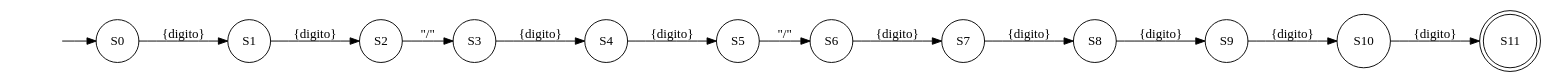
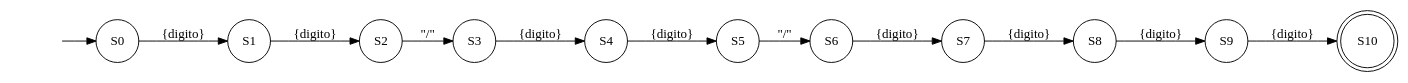
One commit to Gerson7w7/COMPI1_Proyecto1_202000166 changed the diagram in Proyecto1_COMPI1/REPORTES/AFD_202000166/fecha.dot. Above: the diagram before and after it, drawn with Graphviz. The commit also changed 22 other files, not shown here.

```diff
--- a/Proyecto1_COMPI1/REPORTES/AFD_202000166/fecha.dot
+++ b/Proyecto1_COMPI1/REPORTES/AFD_202000166/fecha.dot
@@ -1,29 +1,27 @@
 digraph automata {
 rankdir=LR
 ini [shape="none" label=""]
 S0[shape="circle"];
 S1[shape="circle"];
 S2[shape="circle"];
 S3[shape="circle"];
 S4[shape="circle"];
 S5[shape="circle"];
 S6[shape="circle"];
 S7[shape="circle"];
 S8[shape="circle"];
 S9[shape="circle"];
-S10[shape="circle"];
-S11[shape="doublecircle"];
+S10[shape="doublecircle"];
 
 ini->S0;
 S0->S1[label="{digito}"];
 S1->S2[label="{digito}"];
 S2->S3[label="\"/\""];
 S3->S4[label="{digito}"];
 S4->S5[label="{digito}"];
 S5->S6[label="\"/\""];
 S6->S7[label="{digito}"];
 S7->S8[label="{digito}"];
 S8->S9[label="{digito}"];
-S9->S10[label="{digito}"];
-S10->S11[label="{digito}"]
+S9->S10[label="{digito}"]
 }
```
